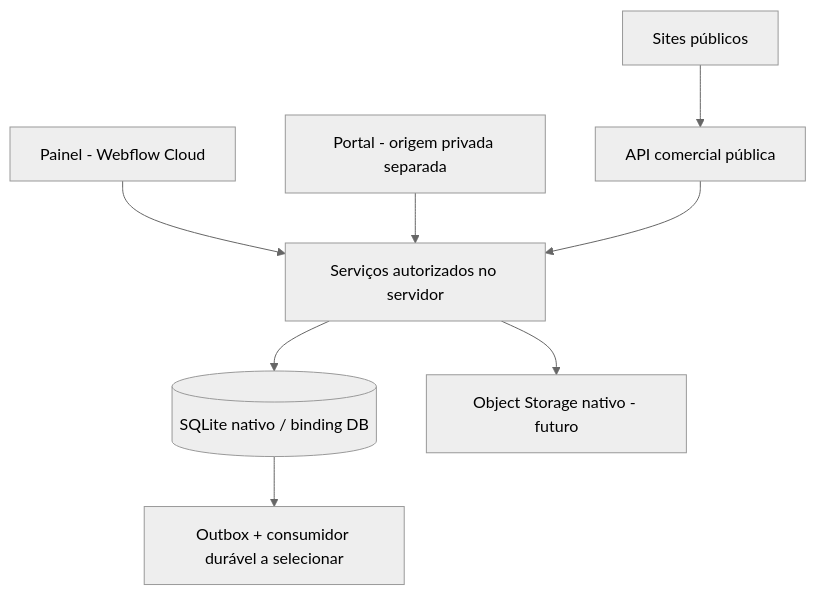
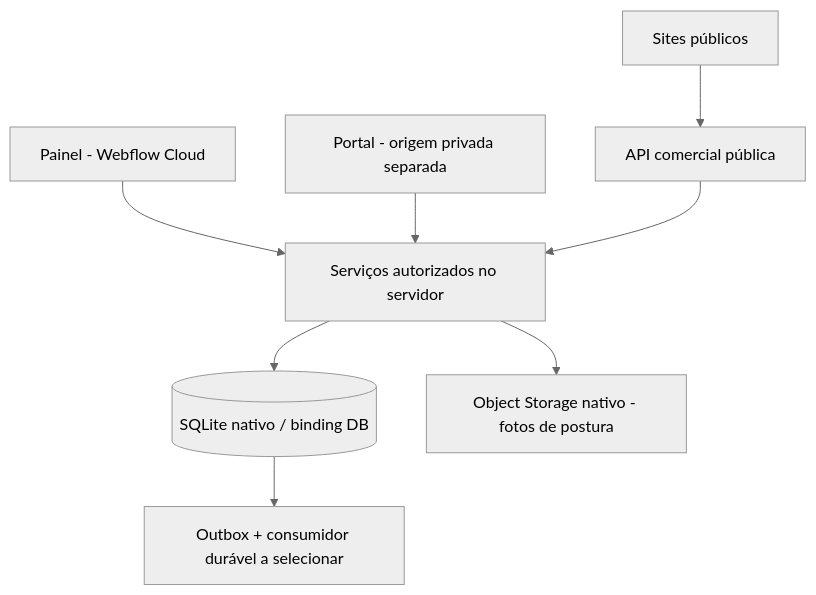
One commit to rafsoaresm/projeto-musculo changed the diagram in docs/ARQUITETURA-WEBFLOW-CLOUD.md. Above: the diagram before and after it, drawn with Mermaid (neutral theme). The commit also changed other lines of this file and 28 other files, not shown here.

First line of the commit message:
Adiciona fotos de postura no Object Storage do Webflow (0.14)

````diff
--- a/docs/ARQUITETURA-WEBFLOW-CLOUD.md
+++ b/docs/ARQUITETURA-WEBFLOW-CLOUD.md
@@ -22,10 +22,10 @@
 ```mermaid
 flowchart TB
   P[Painel - Webflow Cloud] --> S[Serviços autorizados no servidor]
   A[Portal - origem privada separada] --> S
   M[Sites públicos] --> C[API comercial pública]
   C --> S
   S --> DB[(SQLite nativo / binding DB)]
-  S --> O[Object Storage nativo - futuro]
+  S --> O[Object Storage nativo - fotos de postura]
   DB --> J[Outbox + consumidor durável a selecionar]
 ```
````
